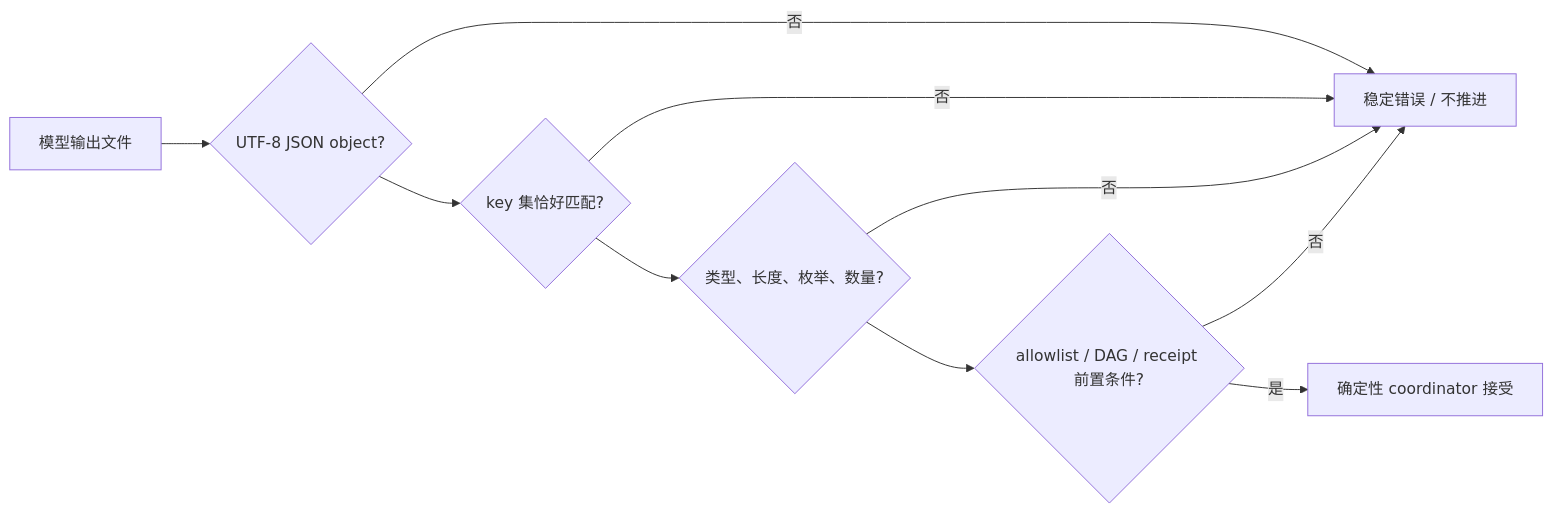
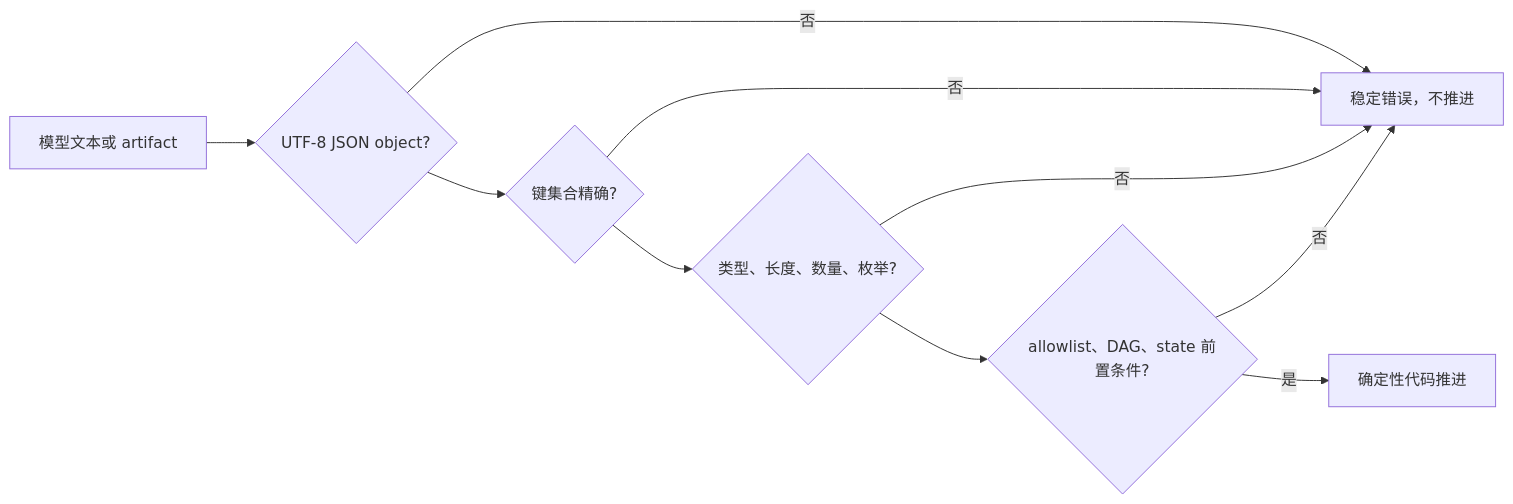
One commit to oldwinter/herdr-orchestrator changed the second of 2 diagrams in droid-wiki/security.md. Above: the diagram before and after it, drawn with Mermaid. The commit also changed other lines of this file and 62 other files, not shown here.

````diff
--- a/droid-wiki/security.md
+++ b/droid-wiki/security.md
@@ -108,12 +79,12 @@
 ```mermaid
 flowchart LR
-    A[模型输出文件] --> J{UTF-8 JSON object?}
-    J -->|否| F[稳定错误 / 不推进]
-    J --> K{key 集恰好匹配?}
-    K -->|否| F
-    K --> B{类型、长度、枚举、数量?}
-    B -->|否| F
-    B --> D{allowlist / DAG / receipt 前置条件?}
-    D -->|否| F
-    D -->|是| C[确定性 coordinator 接受]
+    输出[模型文本或 artifact] --> JSON{UTF-8 JSON object?}
+    JSON -->|否| 拒绝[稳定错误，不推进]
+    JSON --> 键{键集合精确?}
+    键 -->|否| 拒绝
+    键 --> 边界{类型、长度、数量、枚举?}
+    边界 -->|否| 拒绝
+    边界 --> 权限{allowlist、DAG、state 前置条件?}
+    权限 -->|否| 拒绝
+    权限 -->|是| 接受[确定性代码推进]
 ```
````
